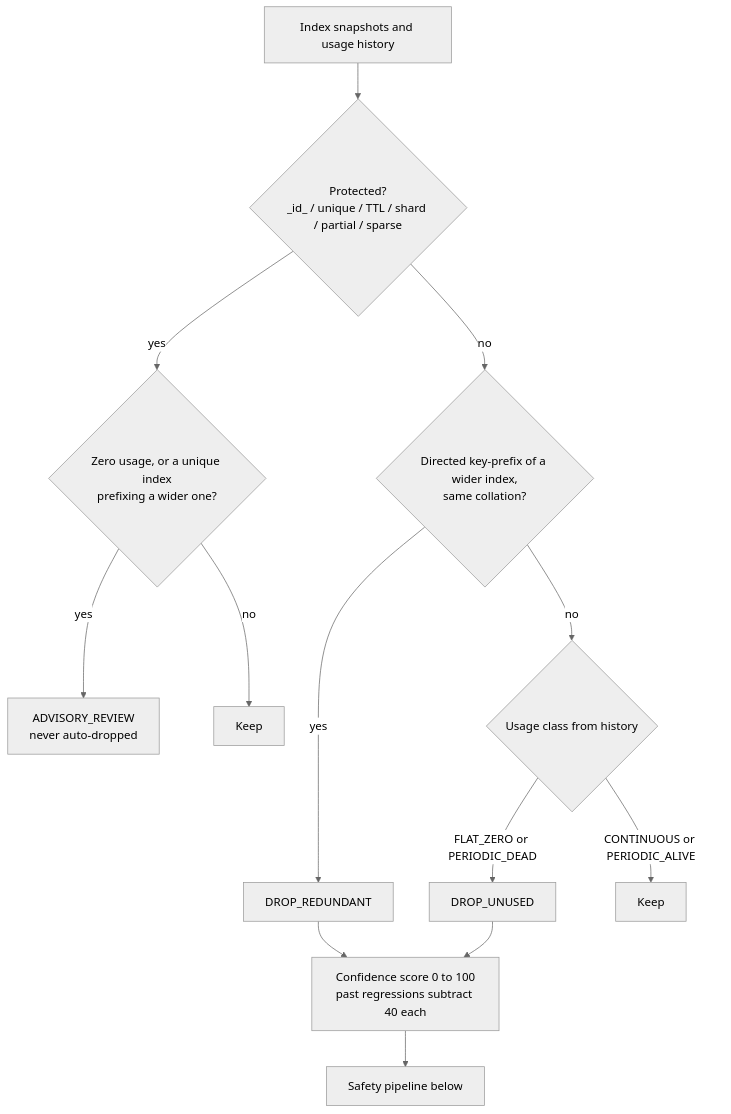
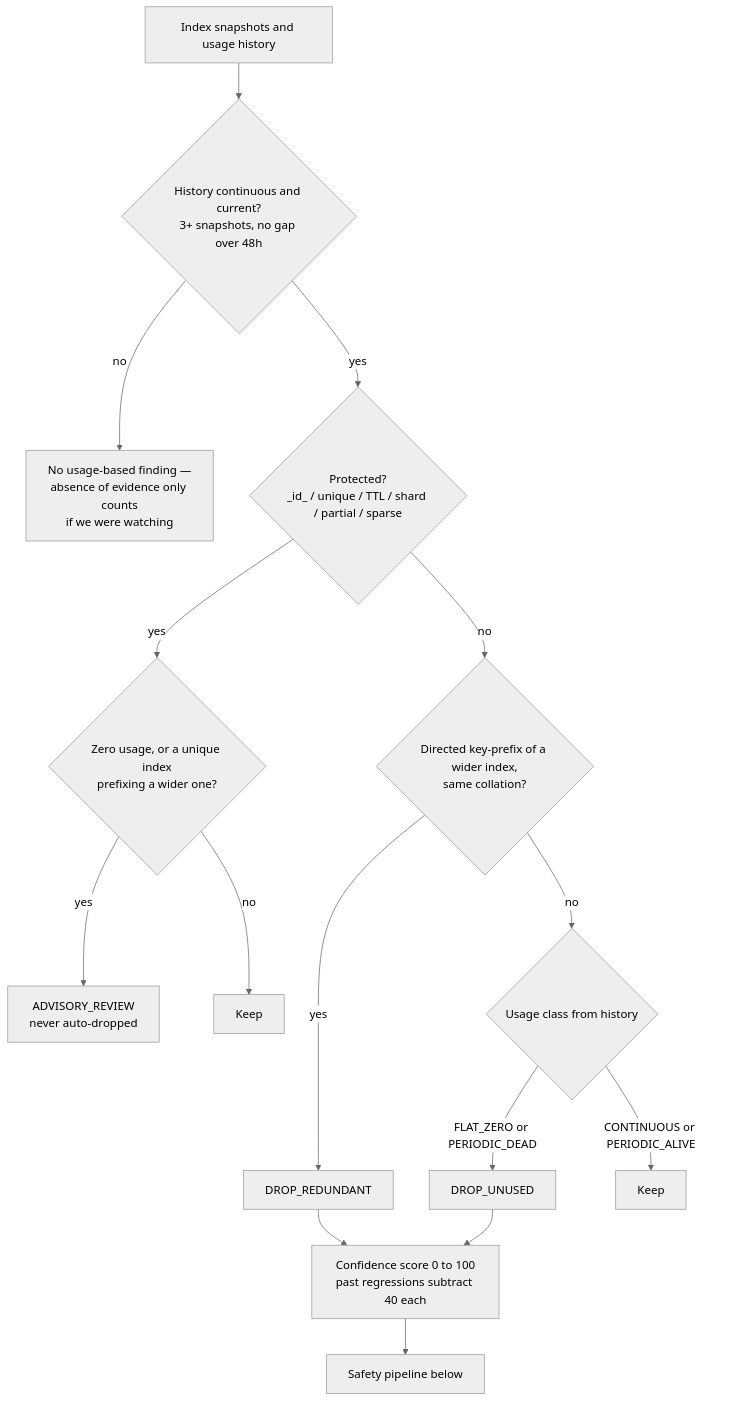
The first of 3 diagrams in README.md (FullmetalBober/Indexterity), drawn with Mermaid (neutral theme) before and after one commit. The commit also changed other lines of this file and 16 other files, not shown here.

````diff
--- a/README.md
+++ b/README.md
@@ -58,15 +58,17 @@
 ```mermaid
 flowchart TD
-    S[Index snapshots and usage history] --> P{Protected?<br/>_id_ / unique / TTL / shard / partial / sparse}
+    S[Index snapshots and usage history] --> H{History continuous and current?<br/>3+ snapshots, no gap over 48h}
+    H -- no --> HX[No usage-based finding —<br/>absence of evidence only counts<br/>if we were watching]
+    H -- yes --> P{Protected?<br/>_id_ / unique / TTL / shard / partial / sparse}
     P -- yes --> PZ{Zero usage, or a unique index<br/>prefixing a wider one?}
     PZ -- yes --> ADV[ADVISORY_REVIEW<br/>never auto-dropped]
     PZ -- no --> K1[Keep]
     P -- no --> R{Directed key-prefix of a wider index,<br/>same collation?}
     R -- yes --> DR[DROP_REDUNDANT]
     R -- no --> U{Usage class from history}
     U -- FLAT_ZERO or PERIODIC_DEAD --> DU[DROP_UNUSED]
     U -- CONTINUOUS or PERIODIC_ALIVE --> K2[Keep]
     DR --> SC[Confidence score 0 to 100<br/>past regressions subtract 40 each]
     DU --> SC
     SC --> PIPE[Safety pipeline below]
 ```
````
